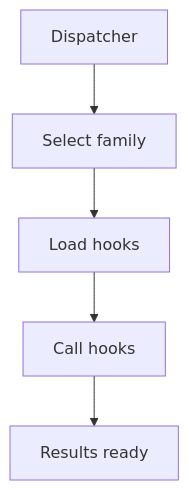
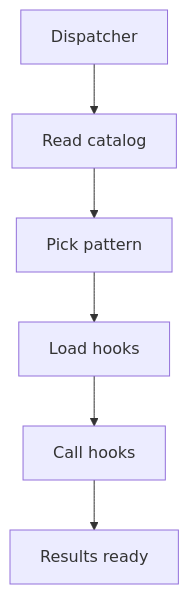
The diagram in docs/Codebase/Microservice/Modules/Source/Analysis/Patterns/Middleman/Dispatcher/README.md (JohnAndrewBalbarosa/NeoTerritory), drawn with Mermaid before and after one commit. The commit also changed other lines of this file and 182 other files, not shown here.

````diff
--- a/docs/Codebase/Microservice/Modules/Source/Analysis/Patterns/Middleman/Dispatcher/README.md
+++ b/docs/Codebase/Microservice/Modules/Source/Analysis/Patterns/Middleman/Dispatcher/README.md
@@ -12,12 +12,14 @@
 ```mermaid
 flowchart TD
     Start["Dispatcher"]
-    N0["Select family"]
-    N1["Load hooks"]
-    N2["Call hooks"]
+    N0["Read catalog"]
+    N1["Pick pattern"]
+    N2["Load hooks"]
+    N3["Call hooks"]
     End["Results ready"]
     Start --> N0
     N0 --> N1
     N1 --> N2
-    N2 --> End
+    N2 --> N3
+    N3 --> End
 ```
````
